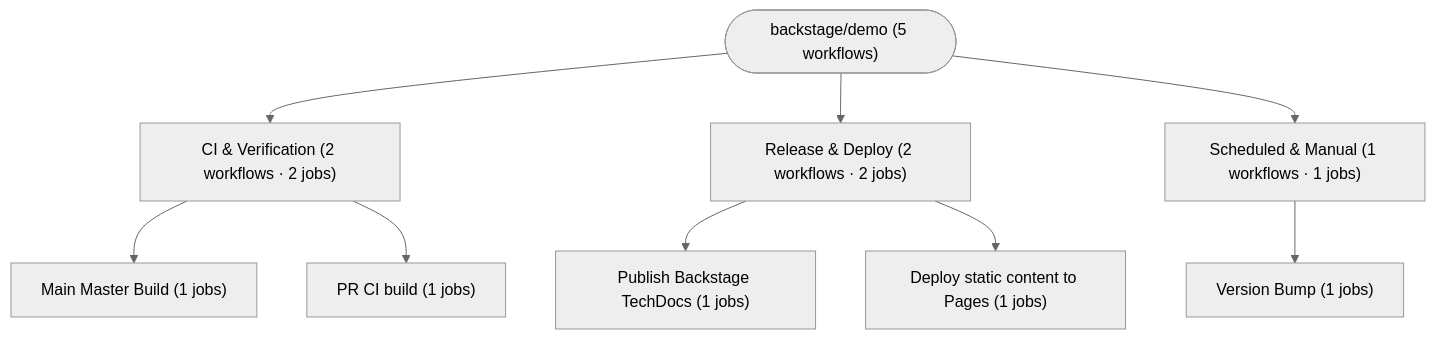
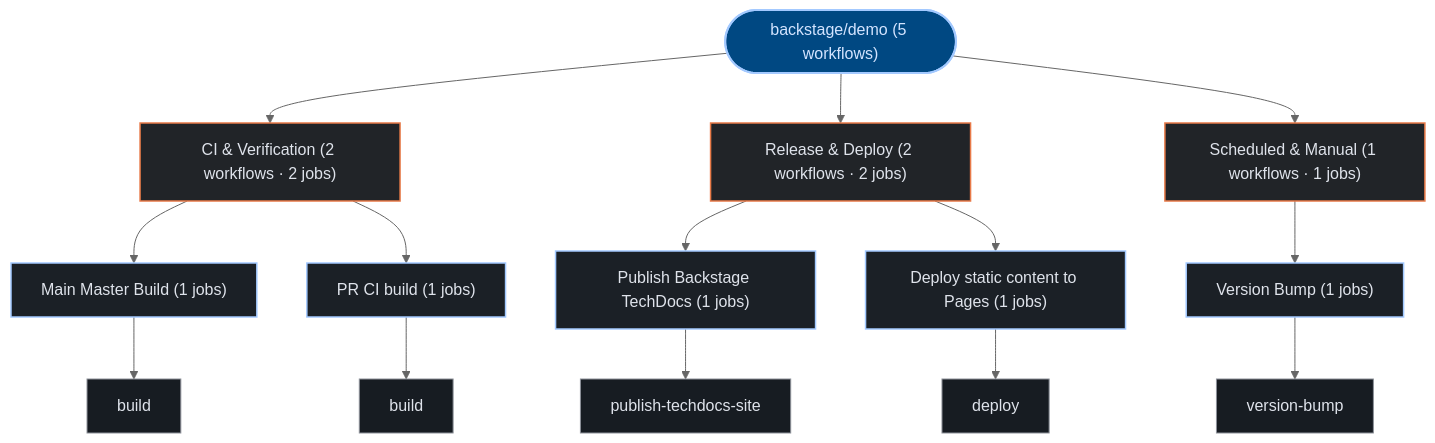
One commit to kumarshaz/atruss-code-atlas changed the third of 3 diagrams in exports/latest/reports/backstage-demo-report.md. Above: the diagram before and after it, drawn with Mermaid (neutral theme). The commit also changed other lines of this file and 331 other files, not shown here.

Commit message:
docs,ui,fix: update SDLC docs, reorder CI/CD DAG first, stylize Mermaid, and fix Arc42 pipeline topology

````diff
--- a/exports/latest/reports/backstage-demo-report.md
+++ b/exports/latest/reports/backstage-demo-report.md
@@ -194,20 +205,37 @@
 ```mermaid
 graph TD;
-  pipeline_root(["backstage/demo (5 workflows)"])
-  grp_0_CI___Verification["CI & Verification (2 workflows · 2 jobs)"]
+  classDef atlasRoot fill:#004882,stroke:#a3c9ff,stroke-width:2px,color:#d3e4ff
+  classDef atlasCategory fill:#212428,stroke:#E87A48,stroke-width:1.5px,color:#dfe3eb
+  classDef atlasWorkflow fill:#1b2026,stroke:#a3c9ff,stroke-width:1.5px,color:#dfe3eb
+  classDef atlasJob fill:#171c22,stroke:#8d9199,stroke-width:1px,color:#dfe3eb
+  classDef atlasTarget fill:#005227,stroke:#8bd99b,stroke-width:1.5px,color:#a7f6b6
+  classDef atlasAlert fill:#93000a,stroke:#ffb4ab,stroke-width:1.5px,color:#ffdad6
+  classDef atlasMore fill:#252a31,stroke:#8d9199,stroke-dasharray:4 4,color:#c3c6cf
+  pipeline_root(["backstage/demo (5 workflows)"]):::atlasRoot
+  grp_0_CI___Verification["CI & Verification (2 workflows · 2 jobs)"]:::atlasCategory
   pipeline_root --> grp_0_CI___Verification
-  wf_0_Main_Master_Build["Main Master Build (1 jobs)"]
+  wf_0_Main_Master_Build["Main Master Build (1 jobs)"]:::atlasWorkflow
   grp_0_CI___Verification --> wf_0_Main_Master_Build
-  wf_1_PR_CI_build["PR CI build (1 jobs)"]
+  job_0_build["build"]:::atlasJob
+  wf_0_Main_Master_Build --> job_0_build
+  wf_1_PR_CI_build["PR CI build (1 jobs)"]:::atlasWorkflow
   grp_0_CI___Verification --> wf_1_PR_CI_build
-  grp_1_Release___Deploy["Release & Deploy (2 workflows · 2 jobs)"]
+  job_1_build["build"]:::atlasJob
+  wf_1_PR_CI_build --> job_1_build
+  grp_1_Release___Deploy["Release & Deploy (2 workflows · 2 jobs)"]:::atlasCategory
   pipeline_root --> grp_1_Release___Deploy
-  wf_2_Publish_Backstage_TechDocs["Publish Backstage TechDocs (1 jobs)"]
+  wf_2_Publish_Backstage_TechDocs["Publish Backstage TechDocs (1 jobs)"]:::atlasWorkflow
   grp_1_Release___Deploy --> wf_2_Publish_Backstage_TechDocs
-  wf_4_Deploy_static_content_to_Pages["Deploy static content to Pages (1 jobs)"]
+  job_2_publish_techdocs_site["publish-techdocs-site"]:::atlasJob
+  wf_2_Publish_Backstage_TechDocs --> job_2_publish_techdocs_site
+  wf_4_Deploy_static_content_to_Pages["Deploy static content to Pages (1 jobs)"]:::atlasWorkflow
   grp_1_Release___Deploy --> wf_4_Deploy_static_content_to_Pages
-  grp_2_Scheduled___Manual["Scheduled & Manual (1 workflows · 1 jobs)"]
+  job_4_deploy["deploy"]:::atlasJob
+  wf_4_Deploy_static_content_to_Pages --> job_4_deploy
+  grp_2_Scheduled___Manual["Scheduled & Manual (1 workflows · 1 jobs)"]:::atlasCategory
   pipeline_root --> grp_2_Scheduled___Manual
-  wf_3_Version_Bump["Version Bump (1 jobs)"]
+  wf_3_Version_Bump["Version Bump (1 jobs)"]:::atlasWorkflow
   grp_2_Scheduled___Manual --> wf_3_Version_Bump
+  job_3_version_bump["version-bump"]:::atlasJob
+  wf_3_Version_Bump --> job_3_version_bump
 ```
````
